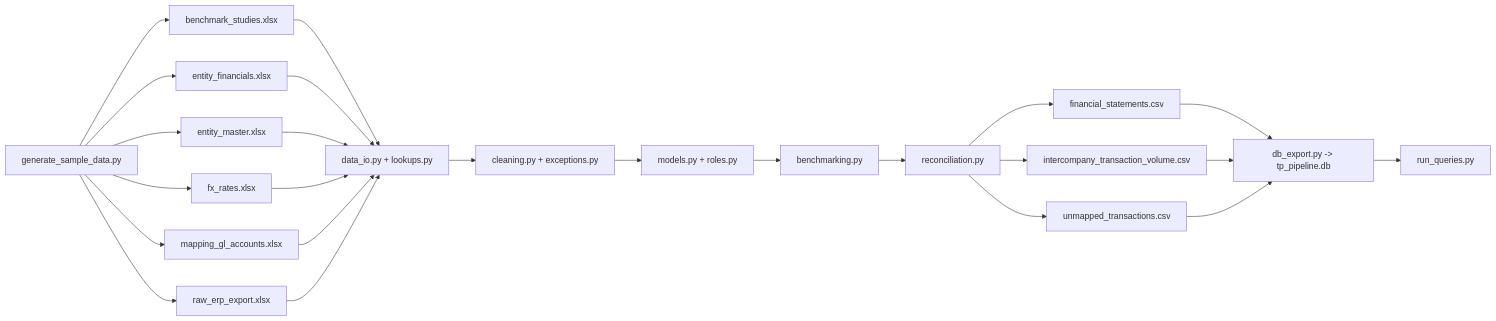
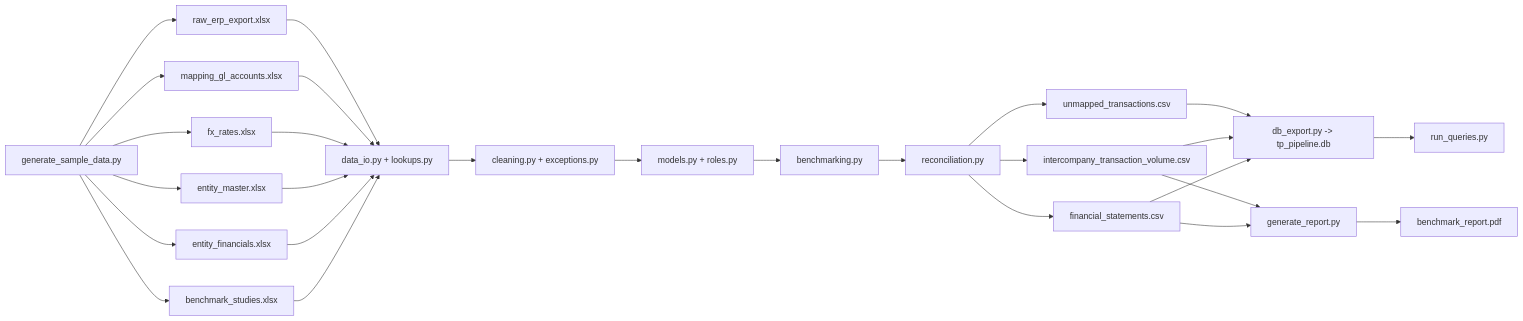
Before and after one commit to anhthotruong95-droid/transfer-pricing-pipeline: the diagram in README.md, drawn with Mermaid. The commit also changed other lines of this file and 11 other files, not shown here.

First line of the commit message:
PDF Report

````diff
--- a/README.md
+++ b/README.md
@@ -60,30 +62,34 @@
 ```mermaid
 flowchart LR
     GENERATE_DATA["generate_sample_data.py"] --> EXCEL1["benchmark_studies.xlsx"]
     GENERATE_DATA["generate_sample_data.py"] --> EXCEL2["entity_financials.xlsx"]
     GENERATE_DATA["generate_sample_data.py"] --> EXCEL3["entity_master.xlsx"]
     GENERATE_DATA["generate_sample_data.py"] --> EXCEL4["fx_rates.xlsx"]
     GENERATE_DATA["generate_sample_data.py"] --> EXCEL5["mapping_gl_accounts.xlsx"]
     GENERATE_DATA["generate_sample_data.py"] --> EXCEL6["raw_erp_export.xlsx"]
 
     EXCEL1 --> DATAIO_LOOKUPS["data_io.py + lookups.py"]
     EXCEL2 --> DATAIO_LOOKUPS
     EXCEL3 --> DATAIO_LOOKUPS
     EXCEL4 --> DATAIO_LOOKUPS
     EXCEL5 --> DATAIO_LOOKUPS
     EXCEL6 --> DATAIO_LOOKUPS
 
     DATAIO_LOOKUPS --> CLEANING["cleaning.py + exceptions.py"]
     CLEANING --> MODELS_ROLES["models.py + roles.py"]
     MODELS_ROLES --> BENCHMARKING["benchmarking.py"]
     BENCHMARKING --> RECONCILIATION["reconciliation.py"]
 
     RECONCILIATION --> CSV1["financial_statements.csv"]
     RECONCILIATION --> CSV2["intercompany_transaction_volume.csv"]
     RECONCILIATION --> CSV3["unmapped_transactions.csv"]
 
     CSV1 --> DB["db_export.py -> tp_pipeline.db"]
     CSV2 --> DB
     CSV3 --> DB
     DB --> QUERIES["run_queries.py"]
+
+    CSV1 --> REPORT["generate_report.py"]
+    CSV2 --> REPORT
+    REPORT --> PDF["benchmark_report.pdf"]
 ```
````
